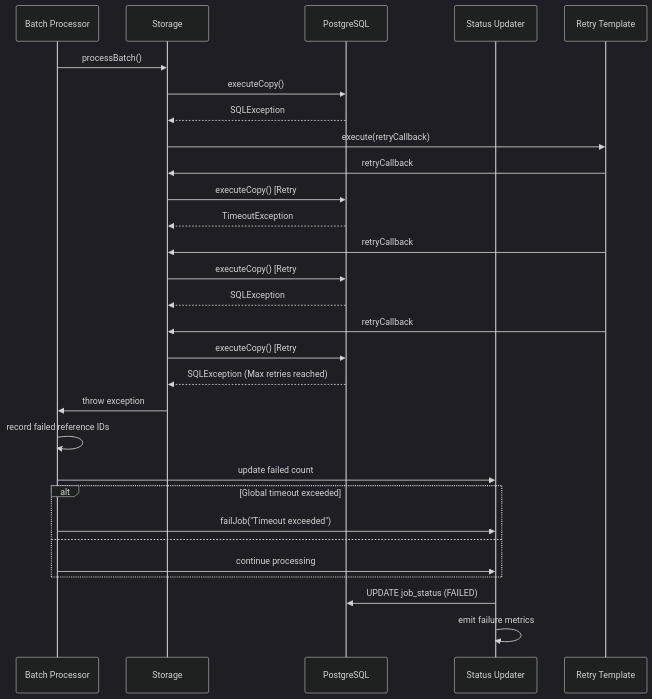
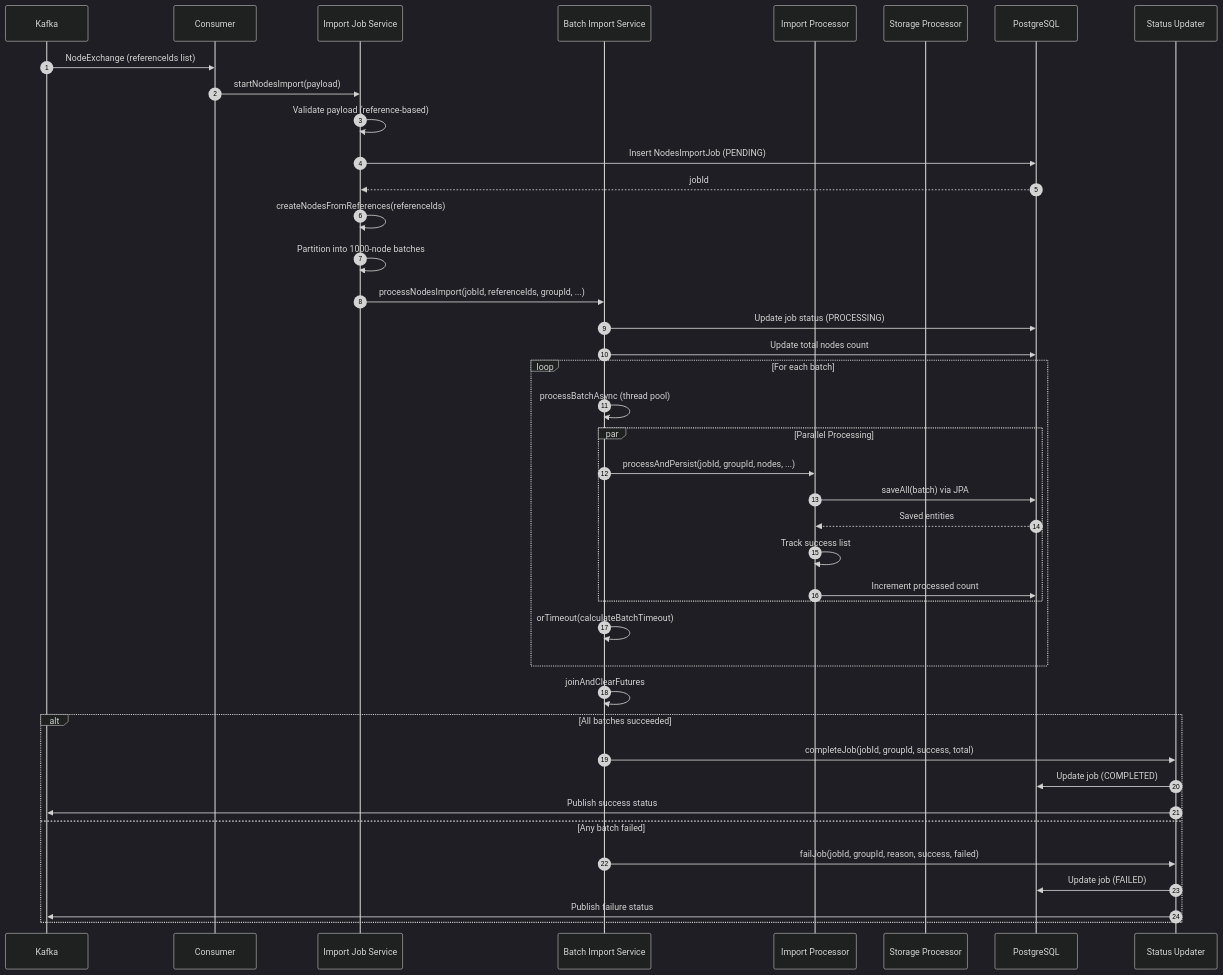
Diagram 13 of 32 in docs/Low Level Designs/NodesImport.md (kagit00/schedule_x), drawn with Mermaid (dark theme) before and after one commit. The commit also changed other lines of this file and 1 other file, not shown here.

````diff
--- a/docs/Low Level Designs/NodesImport.md
+++ b/docs/Low Level Designs/NodesImport.md
@@ -605,32 +595,54 @@
 ```mermaid
 sequenceDiagram
-    participant BP as Batch Processor
-    participant ST as Storage
+    autonumber
+    participant Kafka
+    participant Consumer
+    participant JobSvc as Import Job Service
+    participant BatchSvc as Batch Import Service
+    participant Processor as Import Processor
+    participant Storage as Storage Processor
     participant DB as PostgreSQL
-    participant SU as Status Updater
-    participant RT as Retry Template
+    participant Status as Status Updater
     
-    BP->>ST: processBatch()
-    ST->>DB: executeCopy()
-    DB-->>ST: SQLException
-    ST->>RT: execute(retryCallback)
-    RT->>ST: retryCallback
-    ST->>DB: executeCopy() [Retry #1]
-    DB-->>ST: TimeoutException
-    RT->>ST: retryCallback
-    ST->>DB: executeCopy() [Retry #2]
-    DB-->>ST: SQLException
-    RT->>ST: retryCallback
-    ST->>DB: executeCopy() [Retry #3]
-    DB-->>ST: SQLException (Max retries reached)
-    ST->>BP: throw exception
-    BP->>BP: record failed reference IDs
-    BP->>SU: update failed count
-    alt Global timeout exceeded
-        BP->>SU: failJob("Timeout exceeded")
-    else
-        BP->>SU: continue processing
+    Kafka->>Consumer: NodeExchange (referenceIds list)
+    Consumer->>JobSvc: startNodesImport(payload)
+    
+    JobSvc->>JobSvc: Validate payload (reference-based)
+    JobSvc->>DB: Insert NodesImportJob (PENDING)
+    DB-->>JobSvc: jobId
+    
+    JobSvc->>JobSvc: createNodesFromReferences(referenceIds)
+    JobSvc->>JobSvc: Partition into 1000-node batches
+    
+    JobSvc->>BatchSvc: processNodesImport(jobId, referenceIds, groupId, ...)
+    BatchSvc->>DB: Update job status (PROCESSING)
+    BatchSvc->>DB: Update total nodes count
+    
+    loop For each batch
+        BatchSvc->>BatchSvc: processBatchAsync (thread pool)
+        
+        par Parallel Processing
+            BatchSvc->>Processor: processAndPersist(jobId, groupId, nodes, ...)
+            
+            Processor->>DB: saveAll(batch) via JPA
+            DB-->>Processor: Saved entities
+            
+            Processor->>Processor: Track success list
+            Processor->>DB: Increment processed count
+        end
+        
+        BatchSvc->>BatchSvc: orTimeout(calculateBatchTimeout)
     end
-    SU->>DB: UPDATE job_status (FAILED)
-    SU->>SU: emit failure metrics
+    
+    BatchSvc->>BatchSvc: joinAndClearFutures
+    
+    alt All batches succeeded
+        BatchSvc->>Status: completeJob(jobId, groupId, success, total)
+        Status->>DB: Update job (COMPLETED)
+        Status->>Kafka: Publish success status
+    else Any batch failed
+        BatchSvc->>Status: failJob(jobId, groupId, reason, success, failed)
+        Status->>DB: Update job (FAILED)
+        Status->>Kafka: Publish failure status
+    end
 ```
````
